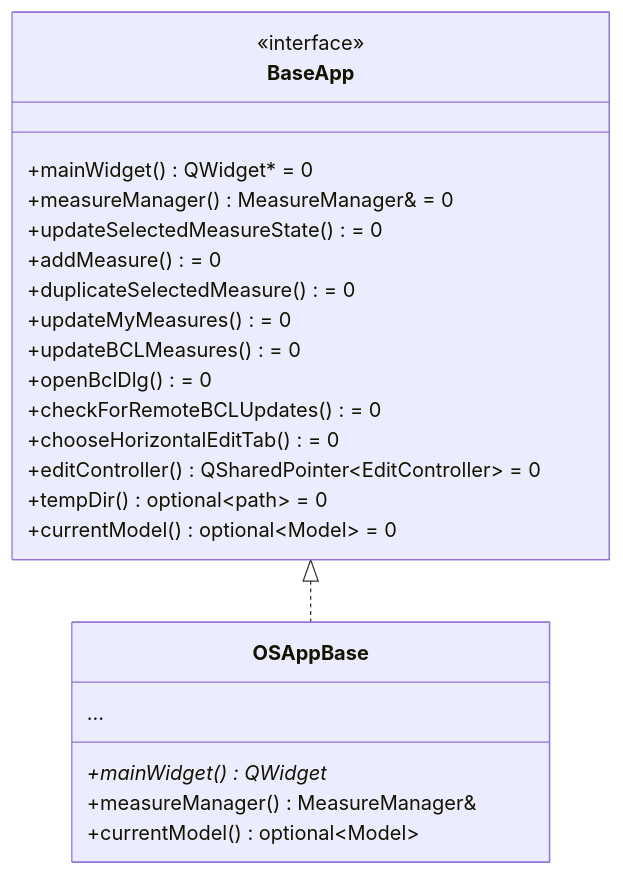
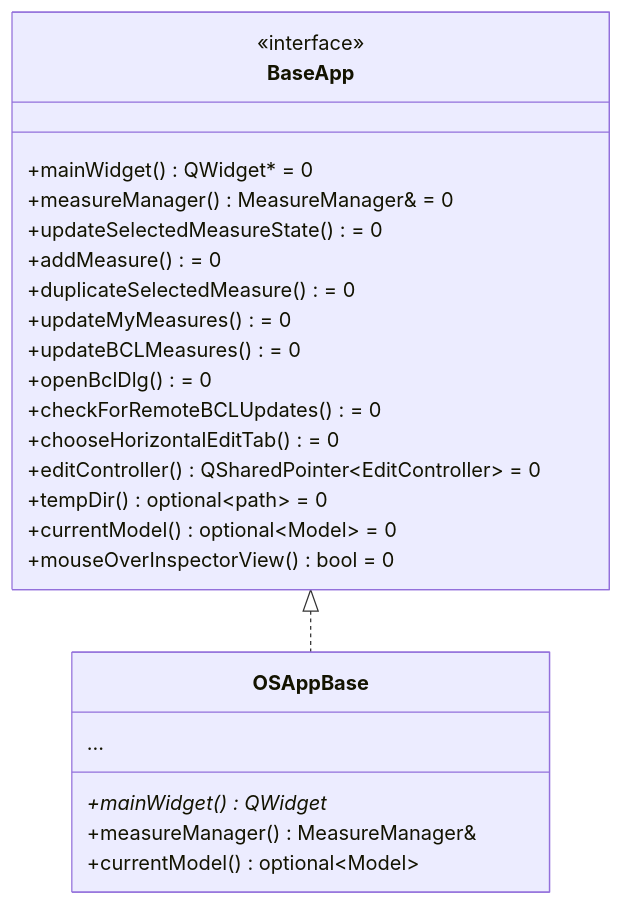
One commit to openstudiocoalition/OpenStudioApplication changed the diagram in developer/doc/classes/shared_gui_components/BaseApp.md. Above: the diagram before and after it, drawn with Mermaid. The commit also changed other lines of this file and 20 other files, not shown here.

````diff
--- a/developer/doc/classes/shared_gui_components/BaseApp.md
+++ b/developer/doc/classes/shared_gui_components/BaseApp.md
@@ -17,27 +17,28 @@
 ```mermaid
 classDiagram
   class BaseApp {
     <<interface>>
     +mainWidget() QWidget* = 0
     +measureManager() MeasureManager& = 0
     +updateSelectedMeasureState() = 0
     +addMeasure() = 0
     +duplicateSelectedMeasure() = 0
     +updateMyMeasures() = 0
     +updateBCLMeasures() = 0
     +openBclDlg() = 0
     +checkForRemoteBCLUpdates() = 0
     +chooseHorizontalEditTab() = 0
     +editController() QSharedPointer~EditController~ = 0
     +tempDir() optional~path~ = 0
     +currentModel() optional~Model~ = 0
+    +mouseOverInspectorView() bool = 0
   }
   class OSAppBase {
     +mainWidget() QWidget*
     +measureManager() MeasureManager&
     +currentModel() optional~Model~
     ...
   }
 
   BaseApp <|.. OSAppBase
 ```
````
